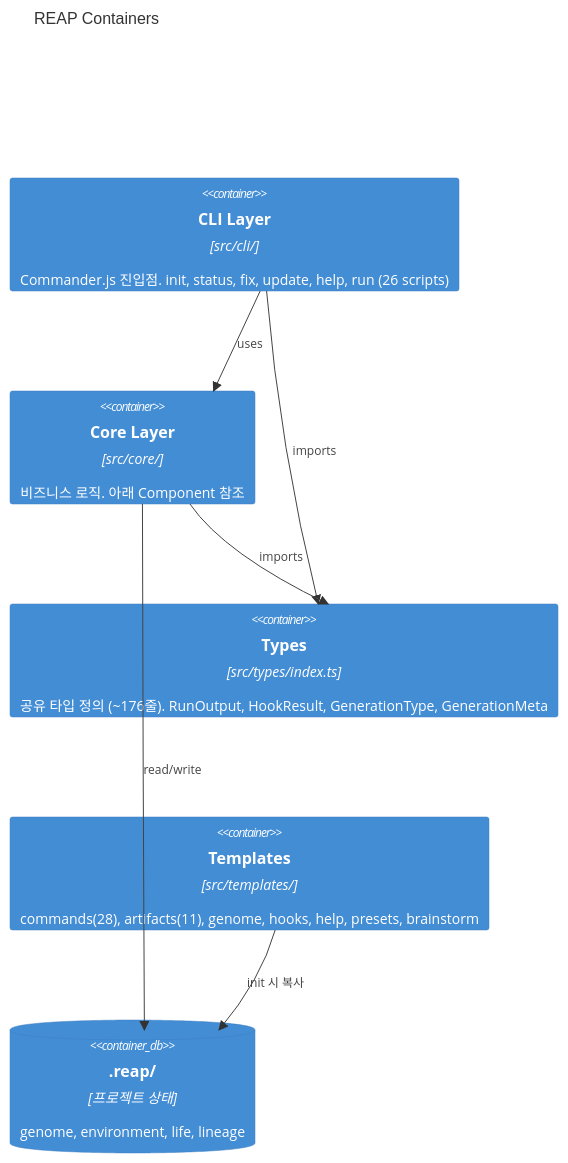
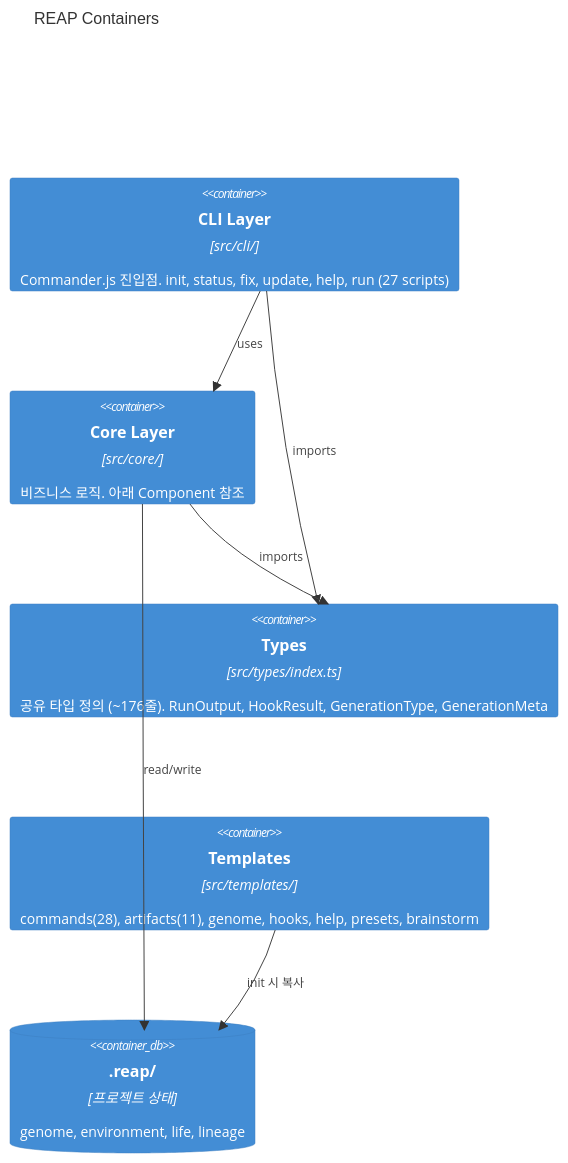
Before and after one commit to c-d-cc/reap: the second of 3 diagrams in .reap/genome/source-map.md, drawn with Mermaid. The commit also changed other lines of this file and 12 other files, not shown here.

````diff
--- a/.reap/genome/source-map.md
+++ b/.reap/genome/source-map.md
@@ -29,16 +29,16 @@
 ```mermaid
 C4Container
   title REAP Containers
 
-  Container(cli, "CLI Layer", "src/cli/", "Commander.js 진입점. init, status, fix, update, help, run (26 scripts)")
+  Container(cli, "CLI Layer", "src/cli/", "Commander.js 진입점. init, status, fix, update, help, run (27 scripts)")
   Container(core, "Core Layer", "src/core/", "비즈니스 로직. 아래 Component 참조")
   Container(types, "Types", "src/types/index.ts", "공유 타입 정의 (~176줄). RunOutput, HookResult, GenerationType, GenerationMeta")
   Container(templates, "Templates", "src/templates/", "commands(28), artifacts(11), genome, hooks, help, presets, brainstorm")
 
   Rel(cli, core, "uses")
   Rel(cli, types, "imports")
   Rel(core, types, "imports")
   ContainerDb(reapDir, ".reap/", "프로젝트 상태", "genome, environment, life, lineage")
   Rel(core, reapDir, "read/write")
   Rel(templates, reapDir, "init 시 복사")
 ```
````
